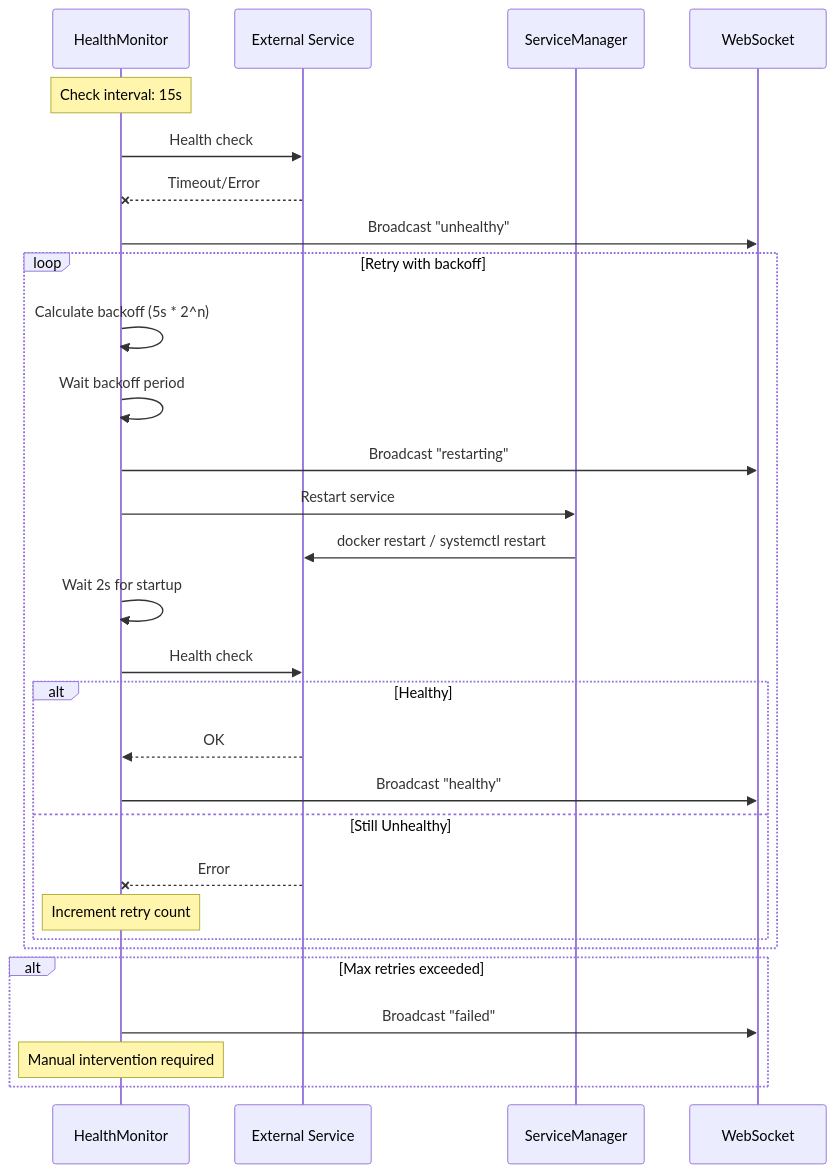
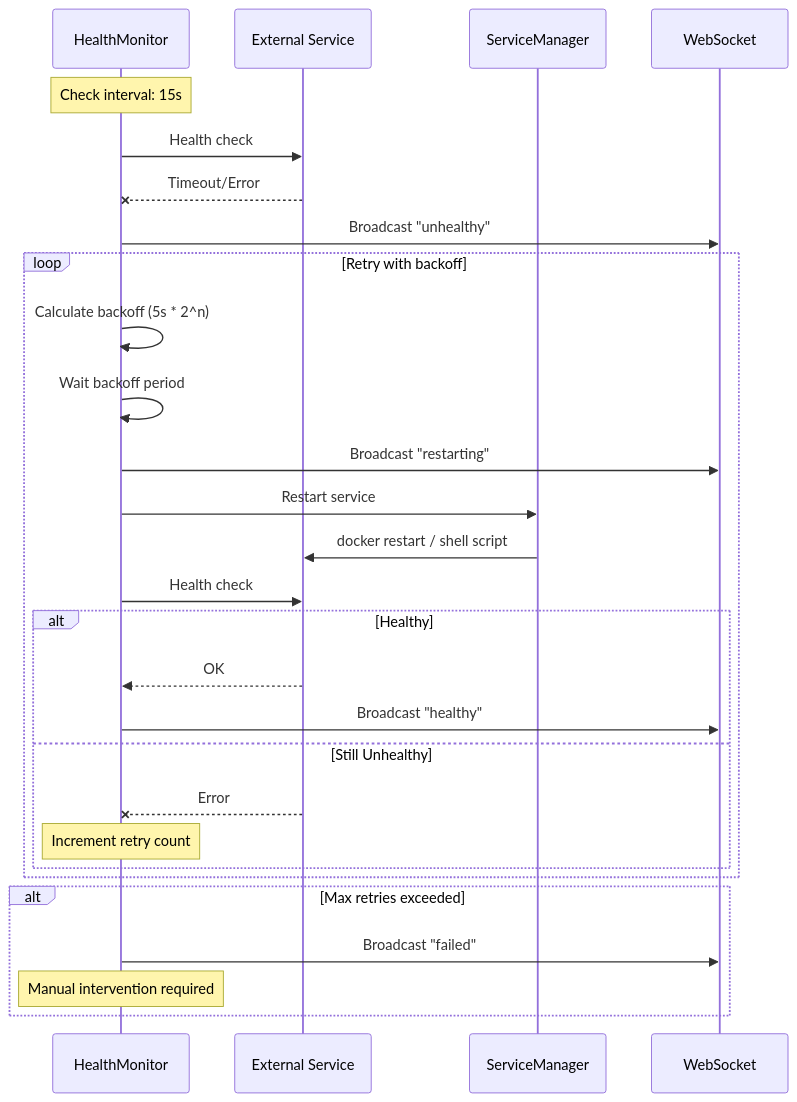
One commit to mikesvoboda/nemotron-v3-home-security-intelligence changed the eighth of 15 diagrams in docs/architecture/resilience.md. Above: the diagram before and after it, drawn with Mermaid. The commit also changed other lines of this file and 231 other files, not shown here.

````diff
--- a/docs/architecture/resilience.md
+++ b/docs/architecture/resilience.md
@@ -657,35 +697,34 @@
 ```mermaid
 sequenceDiagram
     participant HM as HealthMonitor
     participant SVC as External Service
     participant SM as ServiceManager
     participant WS as WebSocket
 
     Note over HM: Check interval: 15s
     HM->>SVC: Health check
     SVC--xHM: Timeout/Error
 
     HM->>WS: Broadcast "unhealthy"
 
     loop Retry with backoff
         HM->>HM: Calculate backoff (5s * 2^n)
         HM->>HM: Wait backoff period
         HM->>WS: Broadcast "restarting"
         HM->>SM: Restart service
-        SM->>SVC: docker restart / systemctl restart
-        HM->>HM: Wait 2s for startup
+        SM->>SVC: docker restart / shell script
         HM->>SVC: Health check
         alt Healthy
             SVC-->>HM: OK
             HM->>WS: Broadcast "healthy"
         else Still Unhealthy
             SVC--xHM: Error
             Note over HM: Increment retry count
         end
     end
 
     alt Max retries exceeded
         HM->>WS: Broadcast "failed"
         Note over HM: Manual intervention required
     end
 ```
````
